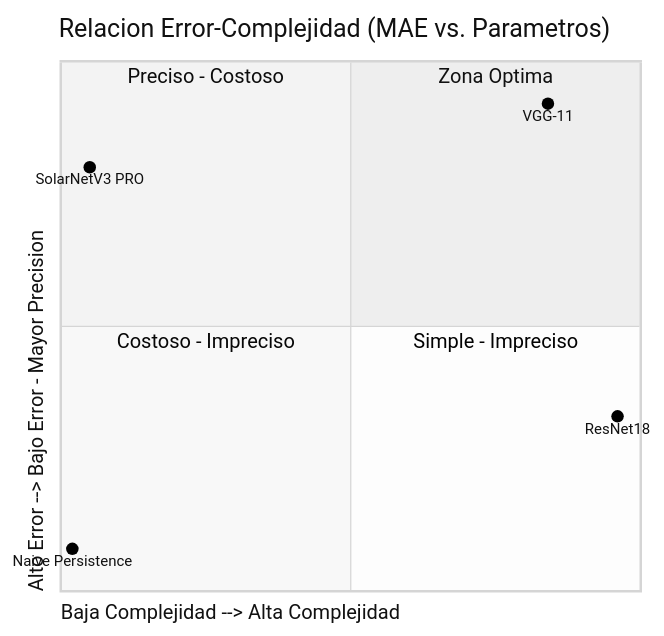
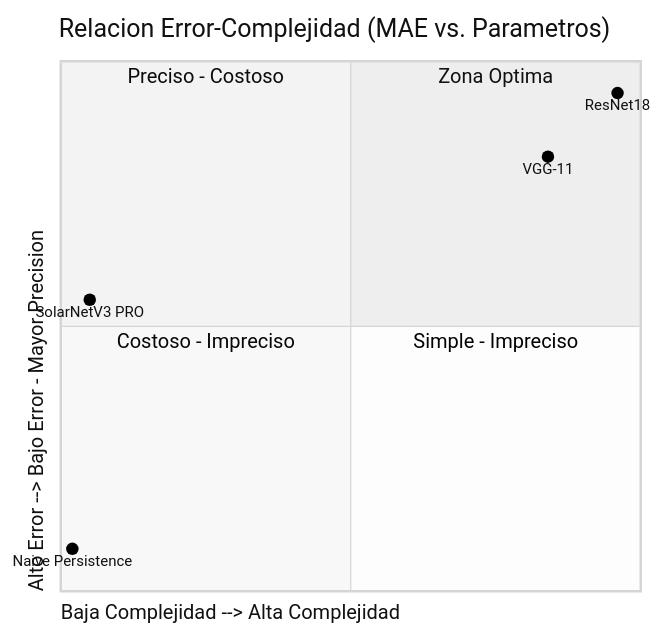
The diagram in RESEARCH_DOSSIER_MASTER.md (Alehcs/auralis), drawn with Mermaid (neutral theme) before and after one commit. The commit also changed other lines of this file and 39 other files, not shown here.

````diff
--- a/RESEARCH_DOSSIER_MASTER.md
+++ b/RESEARCH_DOSSIER_MASTER.md
@@ -510,14 +521,14 @@
 ```mermaid
 quadrantChart
     title Relacion Error-Complejidad (MAE vs. Parametros)
     x-axis "Baja Complejidad --> Alta Complejidad"
     y-axis "Alto Error --> Bajo Error - Mayor Precision"
     quadrant-1 "Zona Optima"
     quadrant-2 "Preciso - Costoso"
     quadrant-3 "Costoso - Impreciso"
     quadrant-4 "Simple - Impreciso"
     Naive Persistence: [0.02, 0.08]
-    SolarNetV3 PRO: [0.05, 0.80]
-    VGG-11: [0.84, 0.92]
-    ResNet18: [0.96, 0.33]
+    SolarNetV3 PRO: [0.05, 0.55]
+    VGG-11: [0.84, 0.82]
+    ResNet18: [0.96, 0.94]
 ```
````
